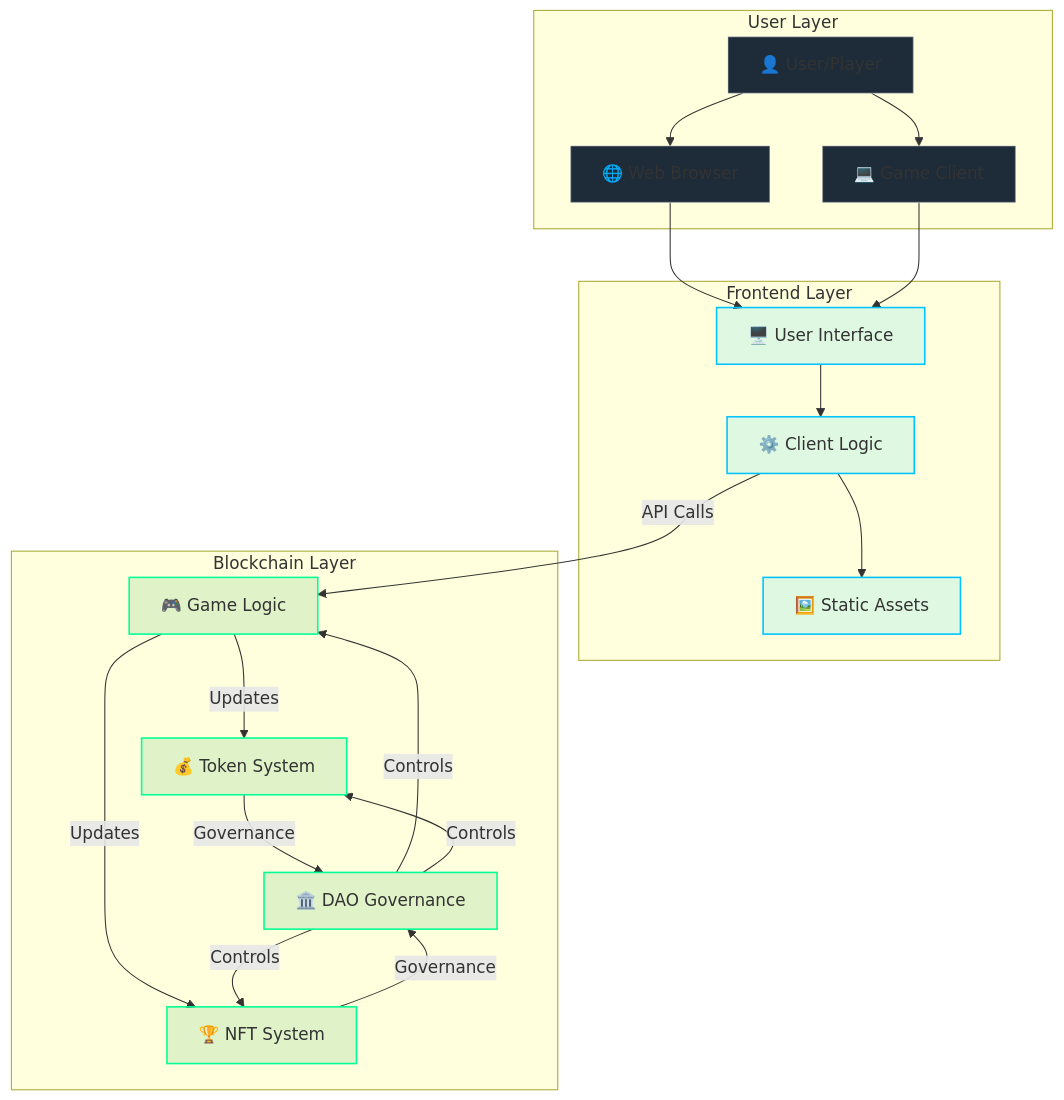
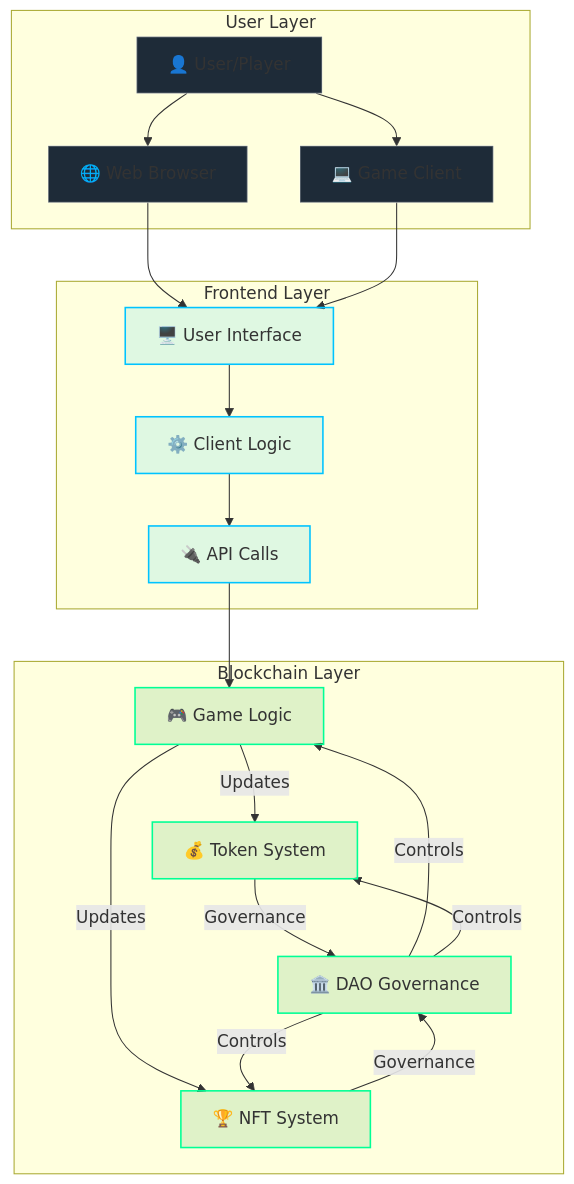
Before and after one commit to cosmicrafts/cosmicrafts-dao: the first of 8 diagrams in src/frontend/src/assets/markdown/en/architecture.md, drawn with Mermaid. The commit also changed 2 other files, not shown here.

Commit message:
mermaids update #1

````diff
--- a/src/frontend/src/assets/markdown/en/architecture.md
+++ b/src/frontend/src/assets/markdown/en/architecture.md
@@ -25,40 +25,40 @@
 ```mermaid
 flowchart TD
     subgraph "User Layer"
         User["👤 User/Player"]
         Browser["🌐 Web Browser"]
         Client["💻 Game Client"]
     end
     
     subgraph "Frontend Layer"
         UI["🖥️ User Interface"]
-        Assets["🖼️ Static Assets"]
         ClientLogic["⚙️ Client Logic"]
+        APIcalls["🔌 API Calls"]
     end
     
     subgraph "Blockchain Layer"
         DAO["🏛️ DAO Governance"]
         GameLogic["🎮 Game Logic"]
         TokenSystem["💰 Token System"]
         NFTSystem["🏆 NFT System"]
     end
     
     User --> Browser & Client
     Browser & Client --> UI
     UI --> ClientLogic
-    ClientLogic --> Assets
+    ClientLogic --> APIcalls
     
-    ClientLogic --> |"API Calls"| GameLogic
+    APIcalls --> GameLogic
     GameLogic --> |"Updates"| TokenSystem & NFTSystem
     TokenSystem & NFTSystem --> |"Governance"| DAO
     DAO --> |"Controls"| GameLogic & TokenSystem & NFTSystem
     
     %% Styling classes - simplified for better aesthetics
     classDef userLayer fill:#1e2b38,stroke:#ffffff4d,stroke-width:1.5px
     classDef frontendLayer fill:#00c3ff20,stroke:#00c3ff,stroke-width:1.5px
     classDef blockchainLayer fill:#00993320,stroke:#00ff95,stroke-width:1.5px
     
     class User,Browser,Client userLayer
-    class UI,Assets,ClientLogic frontendLayer
+    class UI,ClientLogic,APIcalls frontendLayer
     class DAO,GameLogic,TokenSystem,NFTSystem blockchainLayer
 ```
````
